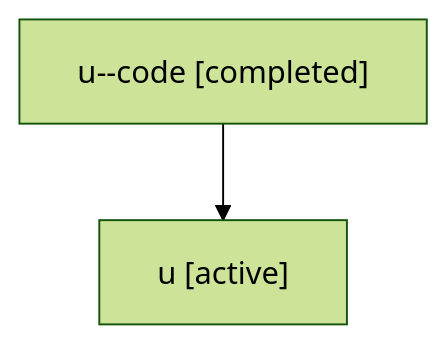
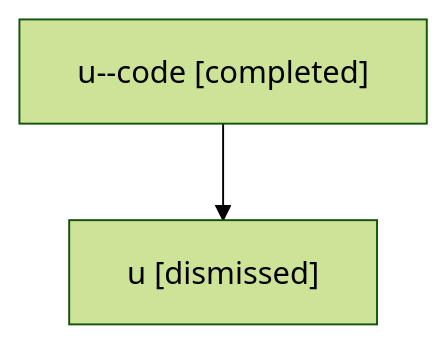
Before and after one commit to sase-org/sase--agents: the diagram in sessions/bbugyi200.athena.u.md, drawn with Mermaid (forest theme). The commit also changed other lines of this file and 21 other files, not shown here.

````diff
--- a/sessions/bbugyi200.athena.u.md
+++ b/sessions/bbugyi200.athena.u.md
@@ -9,6 +9,6 @@
 ```mermaid
 flowchart TD
   n0["u--code [completed]"]
-  n1["u [active]"]
+  n1["u [dismissed]"]
   n0 --> n1
 ```
````
